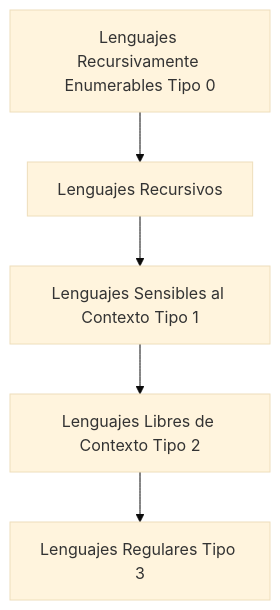
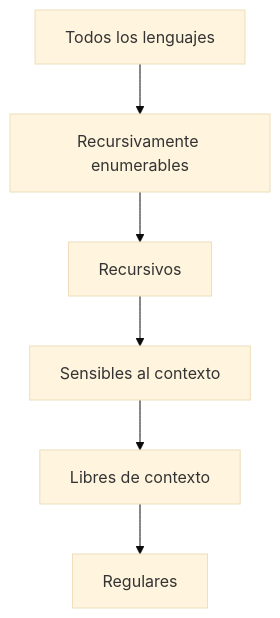
One commit to djaimej/computer-science-template changed the diagram in public/documents/semester-4/1/4161.md. Above: the diagram before and after it, drawn with Mermaid (base theme). The commit also changed other lines of this file and 3 other files, not shown here.

````diff
--- a/public/documents/semester-4/1/4161.md
+++ b/public/documents/semester-4/1/4161.md
@@ -24,7 +19,8 @@
 ```mermaid
 graph TD
-    A[Lenguajes Recursivamente Enumerables Tipo 0] --> B[Lenguajes Recursivos]
-    B --> C[Lenguajes Sensibles al Contexto Tipo 1]
-    C --> D[Lenguajes Libres de Contexto Tipo 2]
-    D --> E[Lenguajes Regulares Tipo 3]
+    A[Todos los lenguajes] --> B[Recursivamente enumerables]
+    B --> C[Recursivos]
+    C --> D[Sensibles al contexto]
+    D --> E[Libres de contexto]
+    E --> F[Regulares]
 ```
````
